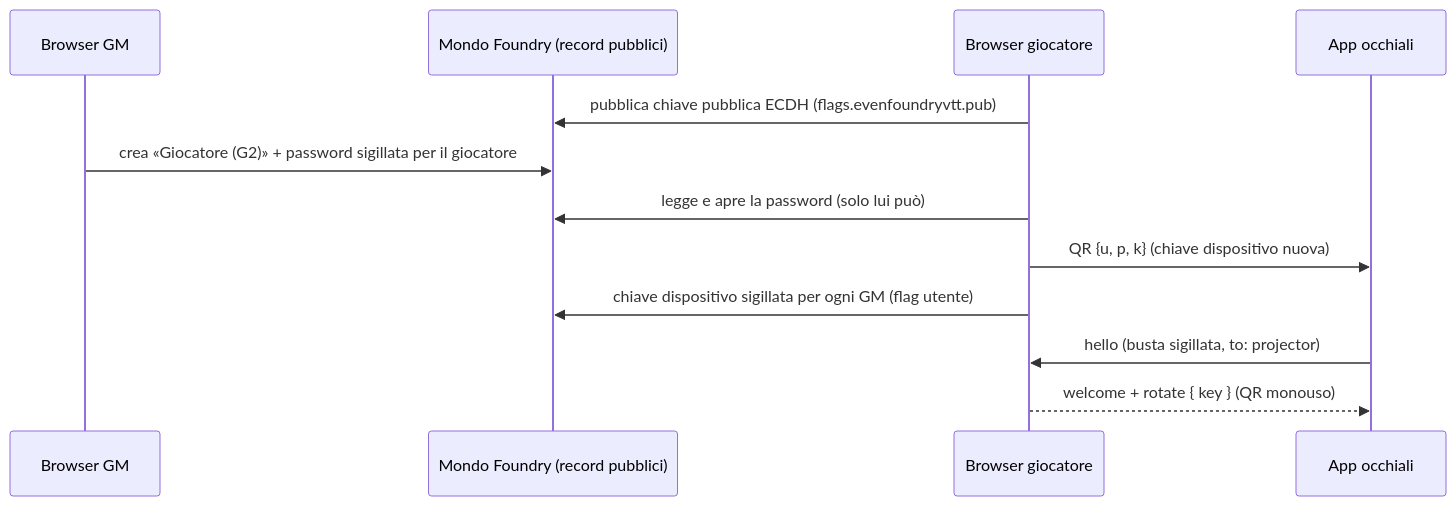
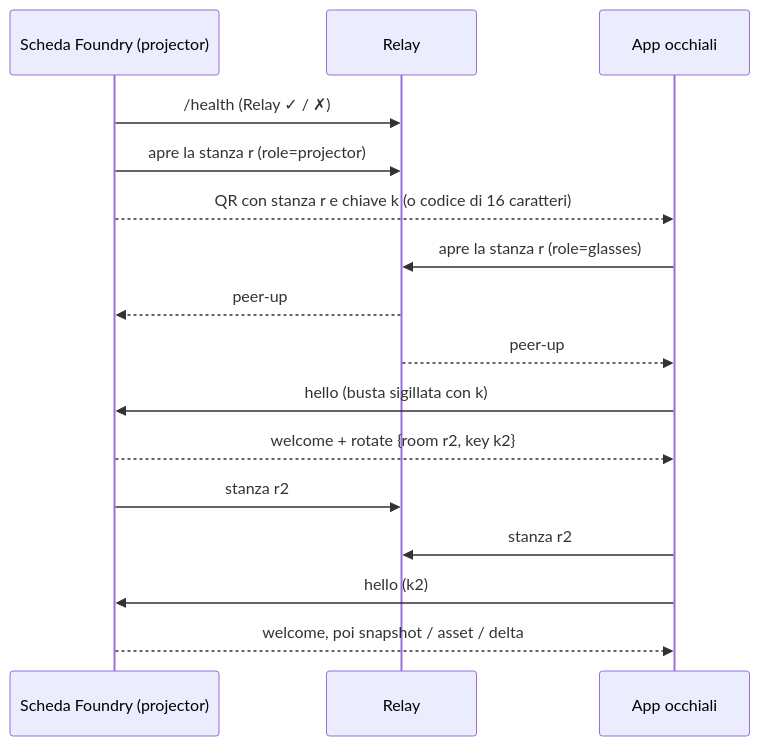
The diagram in docs/wiki/Architettura.md (Aiacos/EvenFoundryVTT), drawn with Mermaid before and after one commit. The commit also changed other lines of this file and 177 other files, not shown here.

````diff
--- a/docs/wiki/Architettura.md
+++ b/docs/wiki/Architettura.md
@@ -42,14 +32,18 @@
 ```mermaid
 sequenceDiagram
-  participant GM as Browser GM
-  participant W as Mondo Foundry (record pubblici)
-  participant PL as Browser giocatore
+  participant PL as Scheda Foundry (projector)
+  participant R as Relay
   participant App as App occhiali
-  PL->>W: pubblica chiave pubblica ECDH (flags.evenfoundryvtt.pub)
-  GM->>W: crea «Giocatore (G2)» + password sigillata per il giocatore
-  PL->>W: legge e apre la password (solo lui può)
-  PL->>App: QR {u, p, k} (chiave dispositivo nuova)
-  PL->>W: chiave dispositivo sigillata per ogni GM (flag utente)
-  App->>PL: hello (busta sigillata, to: projector)
-  PL-->>App: welcome + rotate { key } (QR monouso)
+  PL->>R: /health (Relay ✓ / ✗)
+  PL->>R: apre la stanza r (role=projector)
+  PL-->>App: QR con stanza r e chiave k (o codice di 16 caratteri)
+  App->>R: apre la stanza r (role=glasses)
+  R-->>PL: peer-up
+  R-->>App: peer-up
+  App->>PL: hello (busta sigillata con k)
+  PL-->>App: welcome + rotate {room r2, key k2}
+  PL->>R: stanza r2
+  App->>R: stanza r2
+  App->>PL: hello (k2)
+  PL-->>App: welcome, poi snapshot / asset / delta
 ```
````
